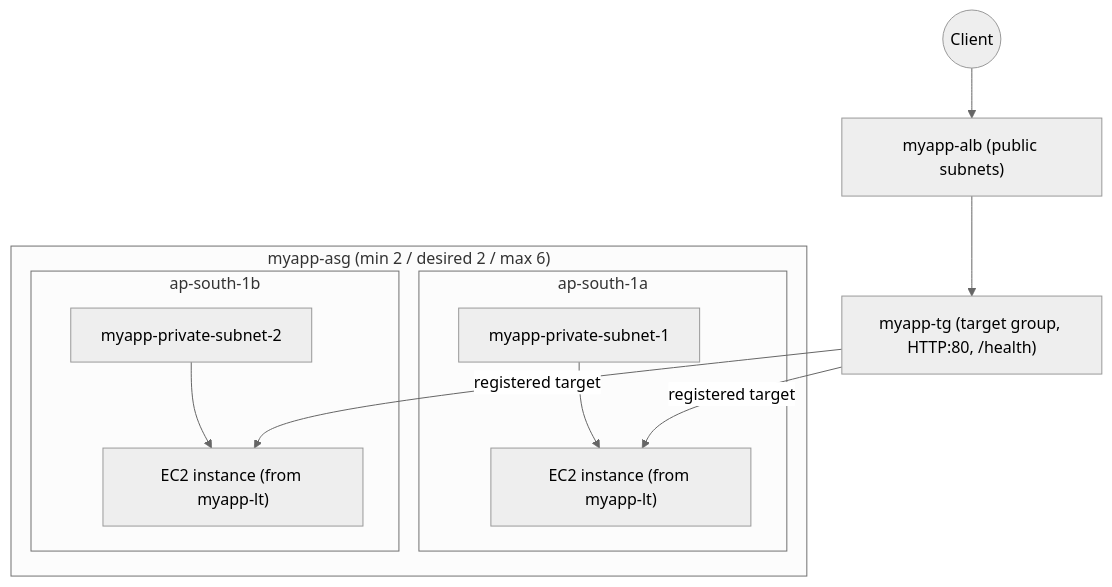
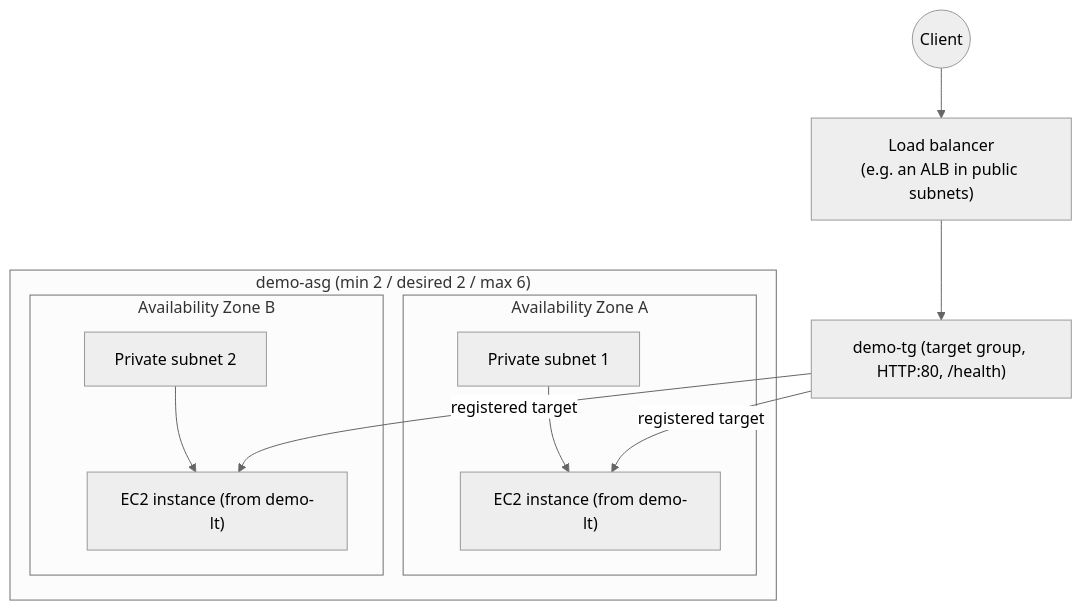
One commit to msdeepak052/AWS_Imp_Concepts changed the diagram in EC2/ASG/01-Introduction-to-Auto-Scaling.md. Above: the diagram before and after it, drawn with Mermaid (neutral theme). The commit also changed other lines of this file and 66 other files, not shown here.

````diff
--- a/EC2/ASG/01-Introduction-to-Auto-Scaling.md
+++ b/EC2/ASG/01-Introduction-to-Auto-Scaling.md
@@ -73,21 +73,21 @@
 ```mermaid
 flowchart TD
-    USER(("Client")) --> ALB["myapp-alb (public subnets)"]
-    ALB --> TG["myapp-tg (target group, HTTP:80, /health)"]
+    USER(("Client")) --> ALB["Load balancer<br/>(e.g. an ALB in public subnets)"]
+    ALB --> TG["demo-tg (target group, HTTP:80, /health)"]
 
-    subgraph ASG["myapp-asg (min 2 / desired 2 / max 6)"]
-        subgraph AZ_A["ap-south-1a"]
-            SUB1["myapp-private-subnet-1"]
-            I1["EC2 instance (from myapp-lt)"]
+    subgraph ASG["demo-asg (min 2 / desired 2 / max 6)"]
+        subgraph AZ_A["Availability Zone A"]
+            SUB1["Private subnet 1"]
+            I1["EC2 instance (from demo-lt)"]
             SUB1 --> I1
         end
-        subgraph AZ_B["ap-south-1b"]
-            SUB2["myapp-private-subnet-2"]
-            I2["EC2 instance (from myapp-lt)"]
+        subgraph AZ_B["Availability Zone B"]
+            SUB2["Private subnet 2"]
+            I2["EC2 instance (from demo-lt)"]
             SUB2 --> I2
         end
     end
 
     TG -->|"registered target"| I1
     TG -->|"registered target"| I2
 ```
````
